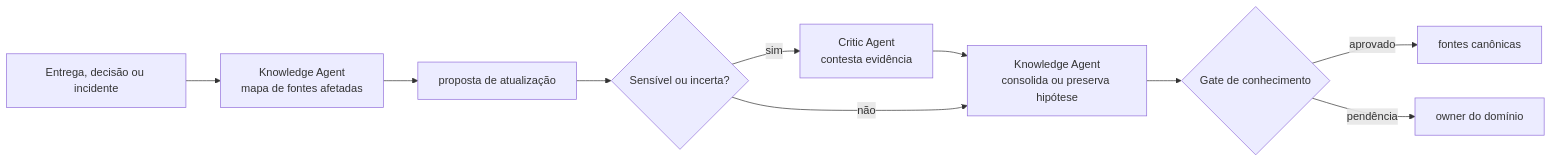
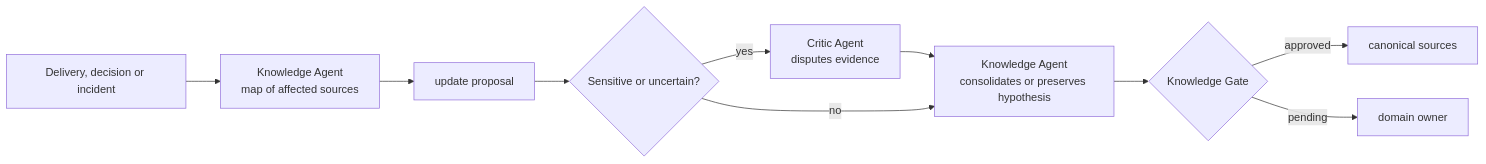
One commit to diododias/ai-manifest changed the diagram in docs/loops/09-knowledge-curation.md. Above: the diagram before and after it, drawn with Mermaid. The commit also changed other lines of this file and 294 other files, not shown here.

````diff
--- a/docs/loops/09-knowledge-curation.md
+++ b/docs/loops/09-knowledge-curation.md
@@ -22,12 +22,12 @@
 ```mermaid
 flowchart LR
-    A[Entrega, decisão ou incidente] --> B[Knowledge Agent\nmapa de fontes afetadas]
-    B --> C[proposta de atualização]
-    C --> D{Sensível ou incerta?}
-    D -- sim --> E[Critic Agent\ncontesta evidência]
-    E --> F[Knowledge Agent\nconsolida ou preserva hipótese]
-    D -- não --> F
-    F --> G{Gate de conhecimento}
-    G -- aprovado --> H[fontes canônicas]
-    G -- pendência --> I[owner do domínio]
+    A[Delivery, decision or incident] --> B[Knowledge Agent\nmap of affected sources]
+    B --> C[update proposal]
+    C --> D{Sensitive or uncertain?}
+    D -- yes --> E[Critic Agent\ndisputes evidence]
+    E --> F[Knowledge Agent\nconsolidates or preserves hypothesis]
+    D -- no --> F
+    F --> G{Knowledge Gate}
+    G -- approved --> H[canonical sources]
+    G -- pending --> I[domain owner]
 ```
````
